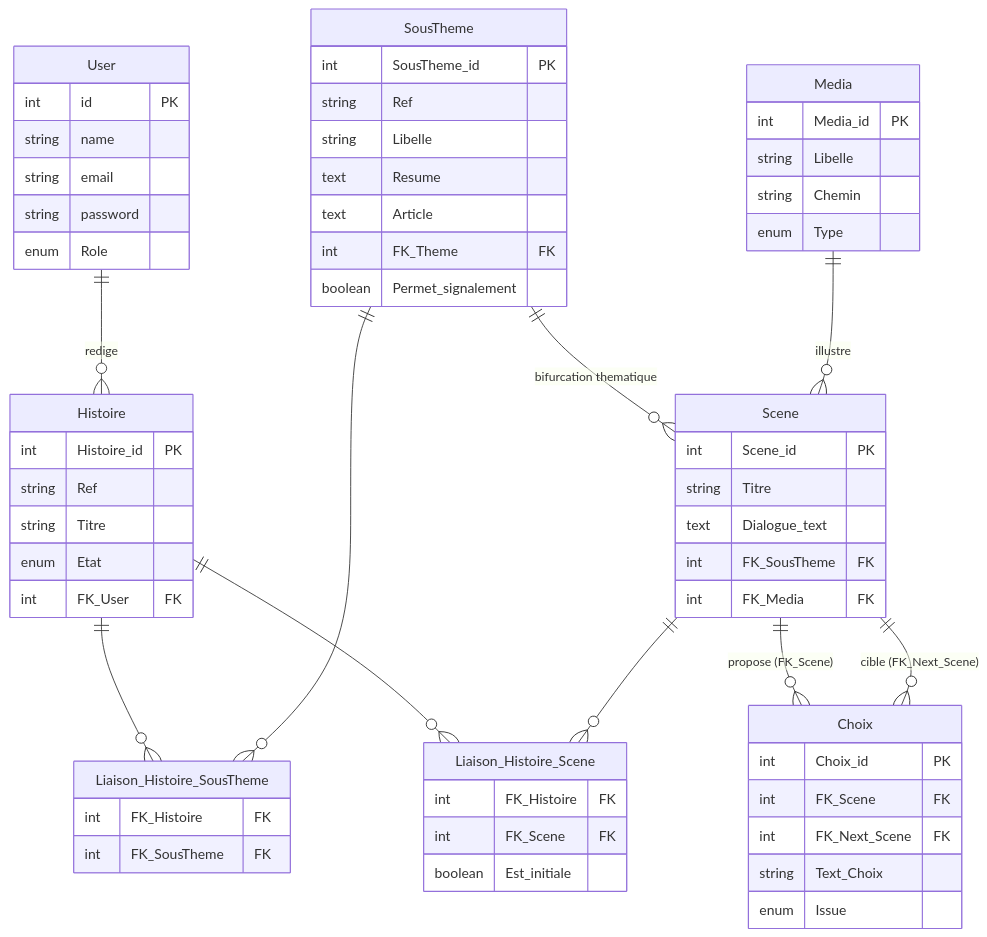
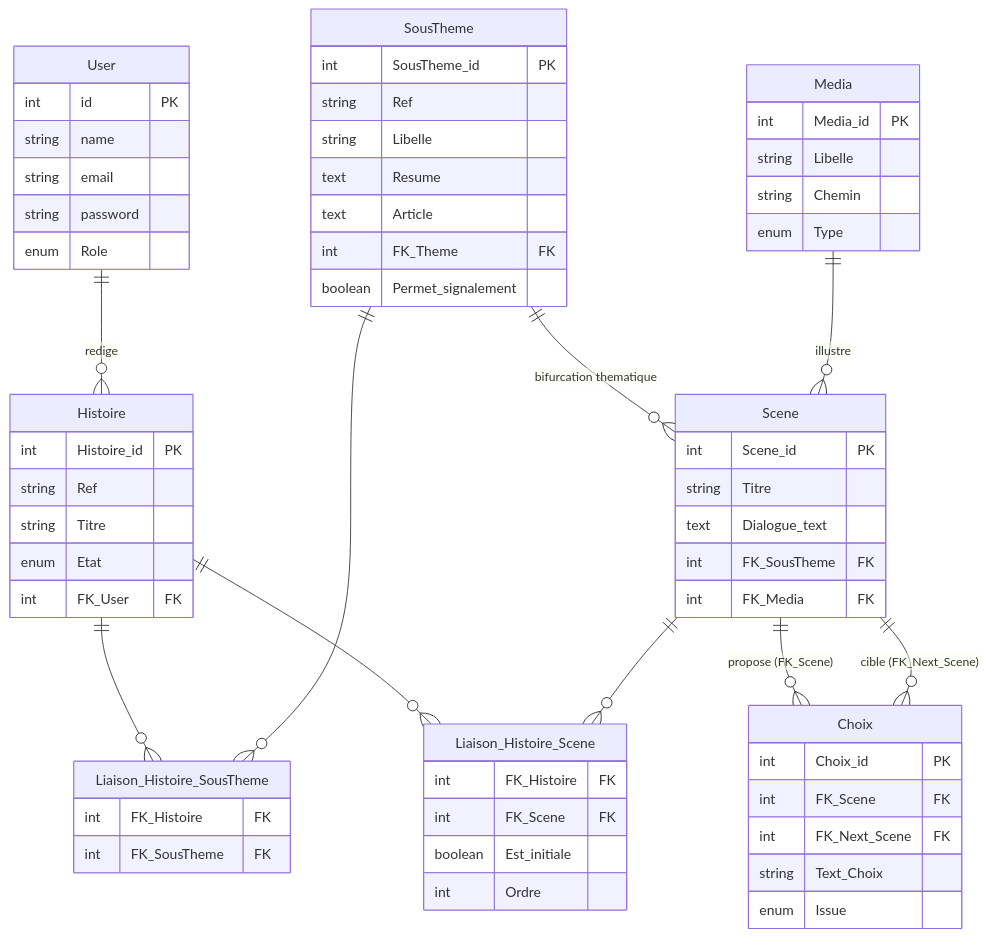
Before and after one commit to S-T-L/Safe-Campus-back: the third of 4 diagrams in docs/schema_bd.md, drawn with Mermaid. The commit also changed other lines of this file and 17 other files, not shown here.

````diff
--- a/docs/schema_bd.md
+++ b/docs/schema_bd.md
@@ -319,72 +319,73 @@
 ```mermaid
 erDiagram
     SousTheme {
         int     SousTheme_id       PK
         string  Ref
         string  Libelle
         text    Resume
         text    Article
         int     FK_Theme           FK
         boolean Permet_signalement
     }
 
     User {
         int    id       PK
         string name
         string email
         string password
         enum   Role
     }
 
     Media {
         int    Media_id PK
         string Libelle
         string Chemin
         enum   Type
     }
 
     Histoire {
         int    Histoire_id PK
         string Ref
         string Titre
         enum   Etat
         int    FK_User     FK
     }
 
     Scene {
         int    Scene_id      PK
         string Titre
         text   Dialogue_text
         int    FK_SousTheme  FK
         int    FK_Media      FK
     }
 
     Choix {
         int    Choix_id      PK
         int    FK_Scene      FK
         int    FK_Next_Scene FK
         string Text_Choix
         enum   Issue
     }
 
     Liaison_Histoire_SousTheme {
         int FK_Histoire  FK
         int FK_SousTheme FK
     }
 
     Liaison_Histoire_Scene {
         int     FK_Histoire  FK
         int     FK_Scene     FK
         boolean Est_initiale
+        int     Ordre
     }
 
     User      ||--o{ Histoire                   : "redige"
     Histoire  ||--o{ Liaison_Histoire_SousTheme : ""
     SousTheme ||--o{ Liaison_Histoire_SousTheme : ""
     Histoire  ||--o{ Liaison_Histoire_Scene     : ""
     Scene     ||--o{ Liaison_Histoire_Scene     : ""
     SousTheme ||--o{ Scene                      : "bifurcation thematique"
     Media     ||--o{ Scene                      : "illustre"
     Scene     ||--o{ Choix                      : "propose (FK_Scene)"
     Scene     ||--o{ Choix                      : "cible (FK_Next_Scene)"
 ```
````
